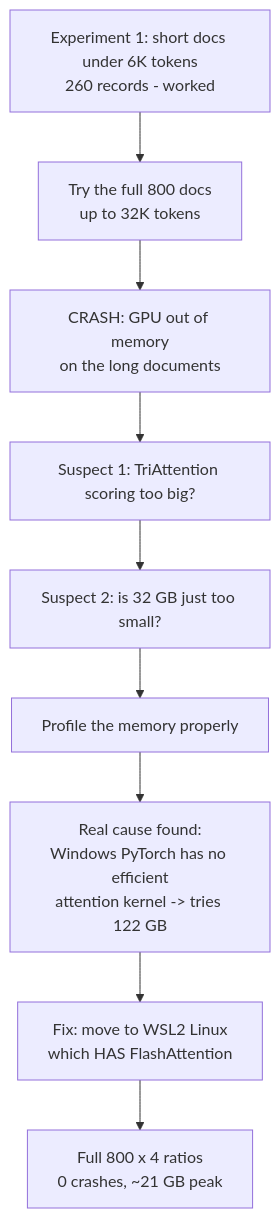
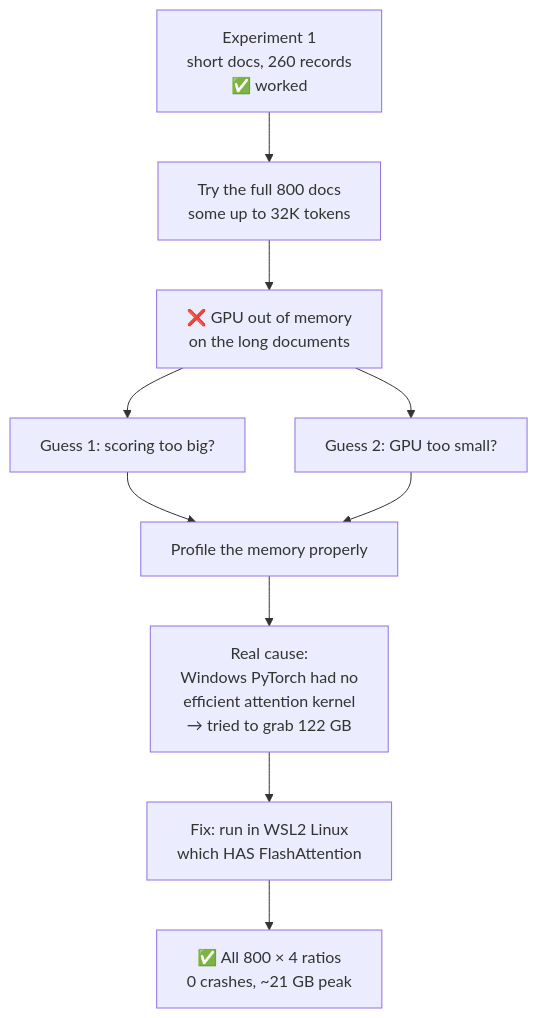
One commit to samruddhichitnis02/298a-kv-cache-compression changed the diagram in members/samruddhi/README.md. Above: the diagram before and after it, drawn with Mermaid. The commit also changed other lines of this file, not shown here.

Commit message:
TriAttention: full 800-record results + rewritten README with the OOM investigation and WSL+FlashAttention fix

````diff
--- a/members/samruddhi/README.md
+++ b/members/samruddhi/README.md
@@ -109,11 +105,12 @@
 ```mermaid
 flowchart TD
-    A[Experiment 1: short docs under 6K tokens<br/>260 records - worked] --> B[Try the full 800 docs<br/>up to 32K tokens]
-    B --> C[CRASH: GPU out of memory<br/>on the long documents]
-    C --> D[Suspect 1: TriAttention scoring too big?]
-    D --> E[Suspect 2: is 32 GB just too small?]
-    E --> F[Profile the memory properly]
-    F --> G[Real cause found:<br/>Windows PyTorch has no efficient<br/>attention kernel -> tries 122 GB]
-    G --> H[Fix: move to WSL2 Linux<br/>which HAS FlashAttention]
-    H --> I[Full 800 x 4 ratios<br/>0 crashes, ~21 GB peak]
+    A["Experiment 1<br/>short docs, 260 records<br/>✅ worked"] --> B["Try the full 800 docs<br/>some up to 32K tokens"]
+    B --> C["❌ GPU out of memory<br/>on the long documents"]
+    C --> D["Guess 1: scoring too big?"]
+    C --> E["Guess 2: GPU too small?"]
+    D --> F["Profile the memory properly"]
+    E --> F
+    F --> G["Real cause:<br/>Windows PyTorch had no<br/>efficient attention kernel<br/>→ tried to grab 122 GB"]
+    G --> H["Fix: run in WSL2 Linux<br/>which HAS FlashAttention"]
+    H --> I["✅ All 800 × 4 ratios<br/>0 crashes, ~21 GB peak"]
 ```
````
